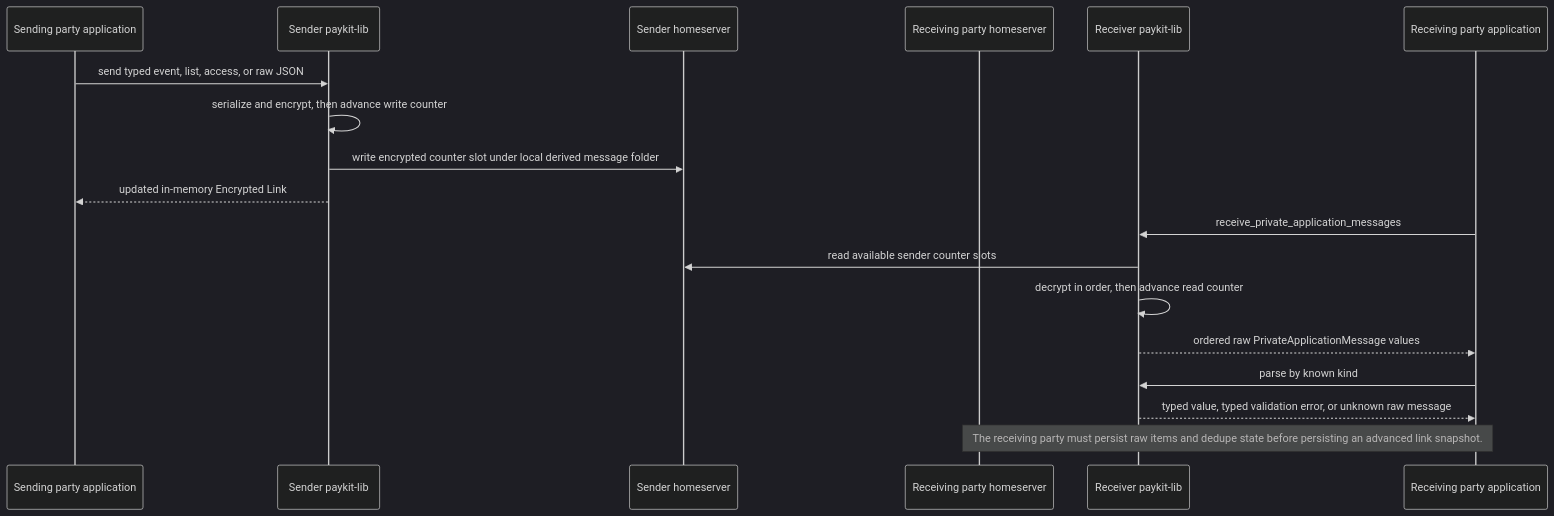
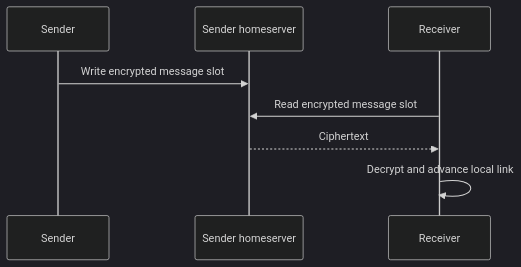
The fourth of 6 diagrams in paykit-lib/STATE_UPDATES.md (pubky/paykit-rs), drawn with Mermaid (dark theme) before and after one commit. The commit also changed other lines of this file and 1 other file, not shown here.

Commit message:
docs: udpate diagrams v2

````diff
--- a/paykit-lib/STATE_UPDATES.md
+++ b/paykit-lib/STATE_UPDATES.md
@@ -194,24 +82,11 @@
 ```mermaid
 sequenceDiagram
-    participant Sender as Sending party application
-    participant SL as Sender paykit-lib
+    participant Sender
     participant SHS as Sender homeserver
-    participant RHS as Receiving party homeserver
-    participant RL as Receiver paykit-lib
-    participant Receiver as Receiving party application
+    participant Receiver
 
-    Sender->>SL: send typed event, list, access, or raw JSON
-    SL->>SL: serialize and encrypt, then advance write counter
-    SL->>SHS: write encrypted counter slot under local derived message folder
-    SL-->>Sender: updated in-memory Encrypted Link
-
-    Receiver->>RL: receive_private_application_messages
-    RL->>SHS: read available sender counter slots
-    RL->>RL: decrypt in order, then advance read counter
-    RL-->>Receiver: ordered raw PrivateApplicationMessage values
-
-    Receiver->>RL: parse by known kind
-    RL-->>Receiver: typed value, typed validation error, or unknown raw message
-
-    Note over Receiver,RHS: The receiving party must persist raw items and dedupe state before persisting an advanced link snapshot.
+    Sender->>SHS: Write encrypted message slot
+    Receiver->>SHS: Read encrypted message slot
+    SHS-->>Receiver: Ciphertext
+    Receiver->>Receiver: Decrypt and advance local link
 ```
````
